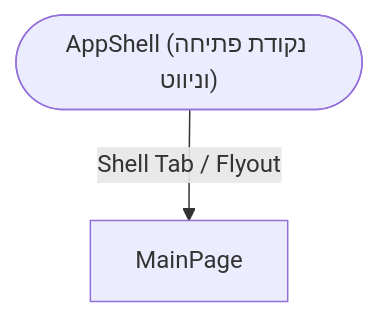
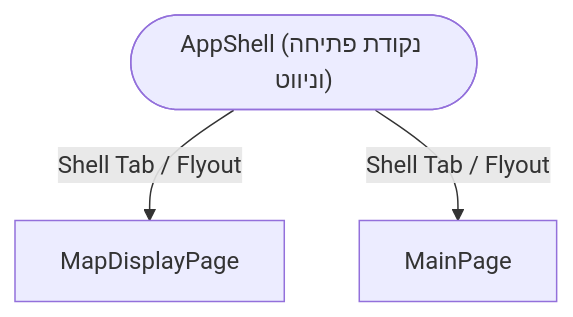
The first of 2 diagrams in Learning/Diagrams/Architecture-Diagram-Prompts.md (stma1one/MauiGoogleMapSample), drawn with Mermaid before and after one commit. The commit also changed other lines of this file and 39 other files, not shown here.

Commit message:
feat(stage-02): add MapDisplayPage, MapType switching, MapSpan regions, Fluent DI, xunit.v3 tests, and PDF guides

````diff
--- a/Learning/Diagrams/Architecture-Diagram-Prompts.md
+++ b/Learning/Diagrams/Architecture-Diagram-Prompts.md
@@ -12,5 +12,6 @@
 ```mermaid
 flowchart TD
   AppShell(["AppShell (נקודת פתיחה וניווט)"])
+  AppShell -->|"Shell Tab / Flyout"| MapDisplayPage
   AppShell -->|"Shell Tab / Flyout"| MainPage
 ```
````
